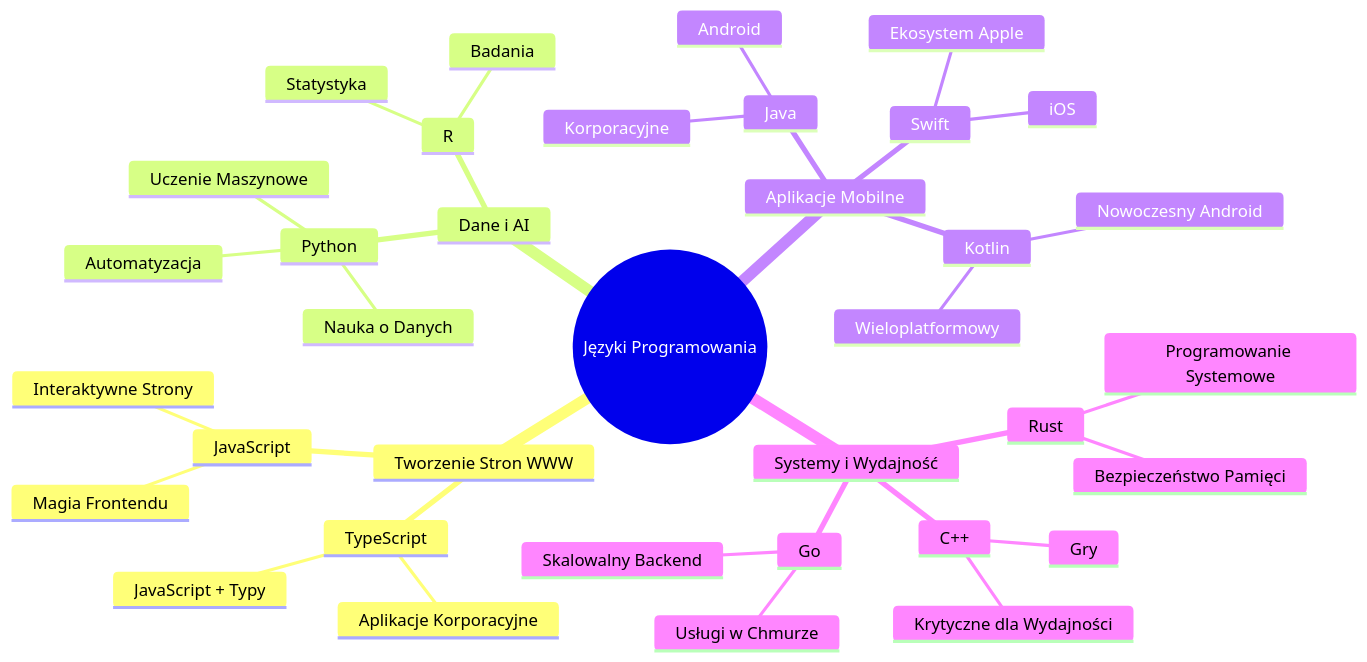
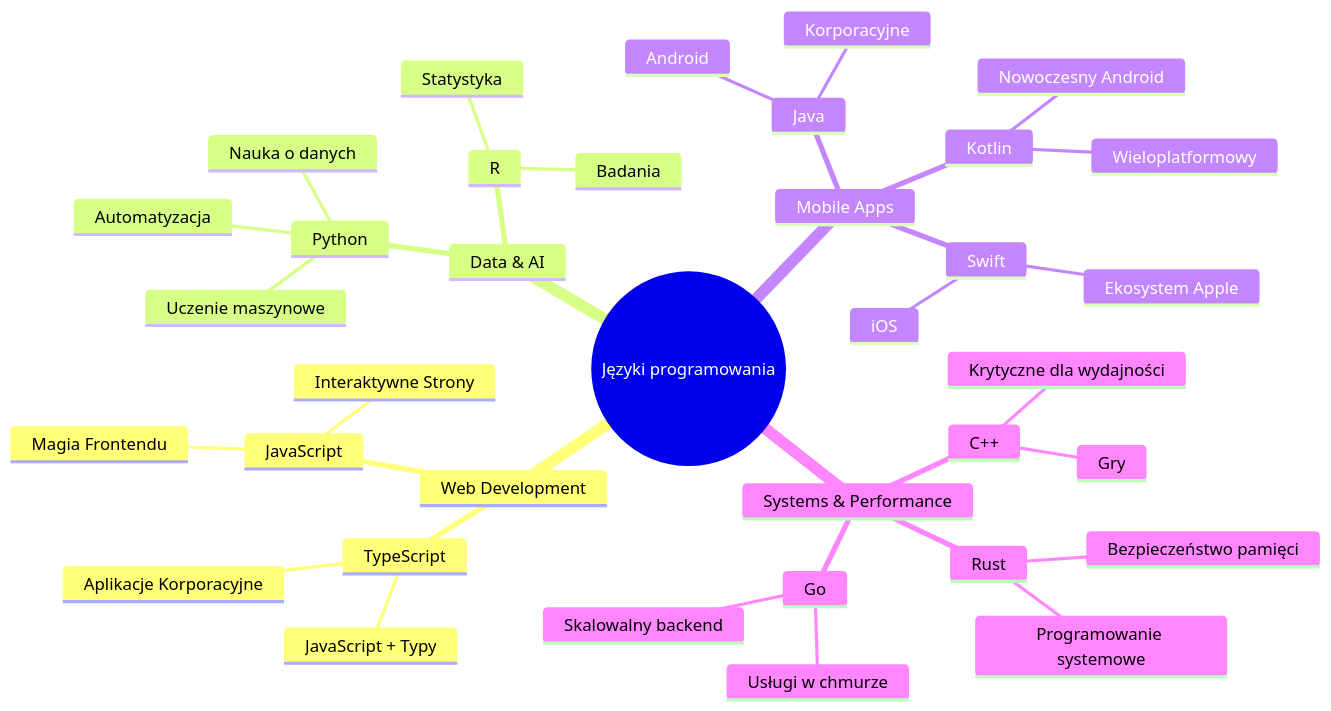
One commit to microsoft/Web-Dev-For-Beginners changed the second of 7 diagrams in translations/pl/1-getting-started-lessons/1-intro-to-programming-languages/README.md. Above: the diagram before and after it, drawn with Mermaid. The commit also changed other lines of this file and 8 other files, not shown here.

````diff
--- a/translations/pl/1-getting-started-lessons/1-intro-to-programming-languages/README.md
+++ b/translations/pl/1-getting-started-lessons/1-intro-to-programming-languages/README.md
@@ -85,39 +85,39 @@
 ```mermaid
 mindmap
-  root((Języki Programowania))
-    Tworzenie Stron WWW
+  root((Języki programowania))
+    Web Development
       JavaScript
         Magia Frontendu
         Interaktywne Strony
       TypeScript
         JavaScript + Typy
         Aplikacje Korporacyjne
-    Dane i AI
+    Data & AI
       Python
-        Nauka o Danych
-        Uczenie Maszynowe
+        Nauka o danych
+        Uczenie maszynowe
         Automatyzacja
       R
         Statystyka
         Badania
-    Aplikacje Mobilne
+    Mobile Apps
       Java
         Android
         Korporacyjne
       Swift
         iOS
         Ekosystem Apple
       Kotlin
         Nowoczesny Android
         Wieloplatformowy
-    Systemy i Wydajność
+    Systems & Performance
       C++
         Gry
-        Krytyczne dla Wydajności
+        Krytyczne dla wydajności
       Rust
-        Bezpieczeństwo Pamięci
-        Programowanie Systemowe
+        Bezpieczeństwo pamięci
+        Programowanie systemowe
       Go
-        Usługi w Chmurze
-        Skalowalny Backend
+        Usługi w chmurze
+        Skalowalny backend
 ```
````
